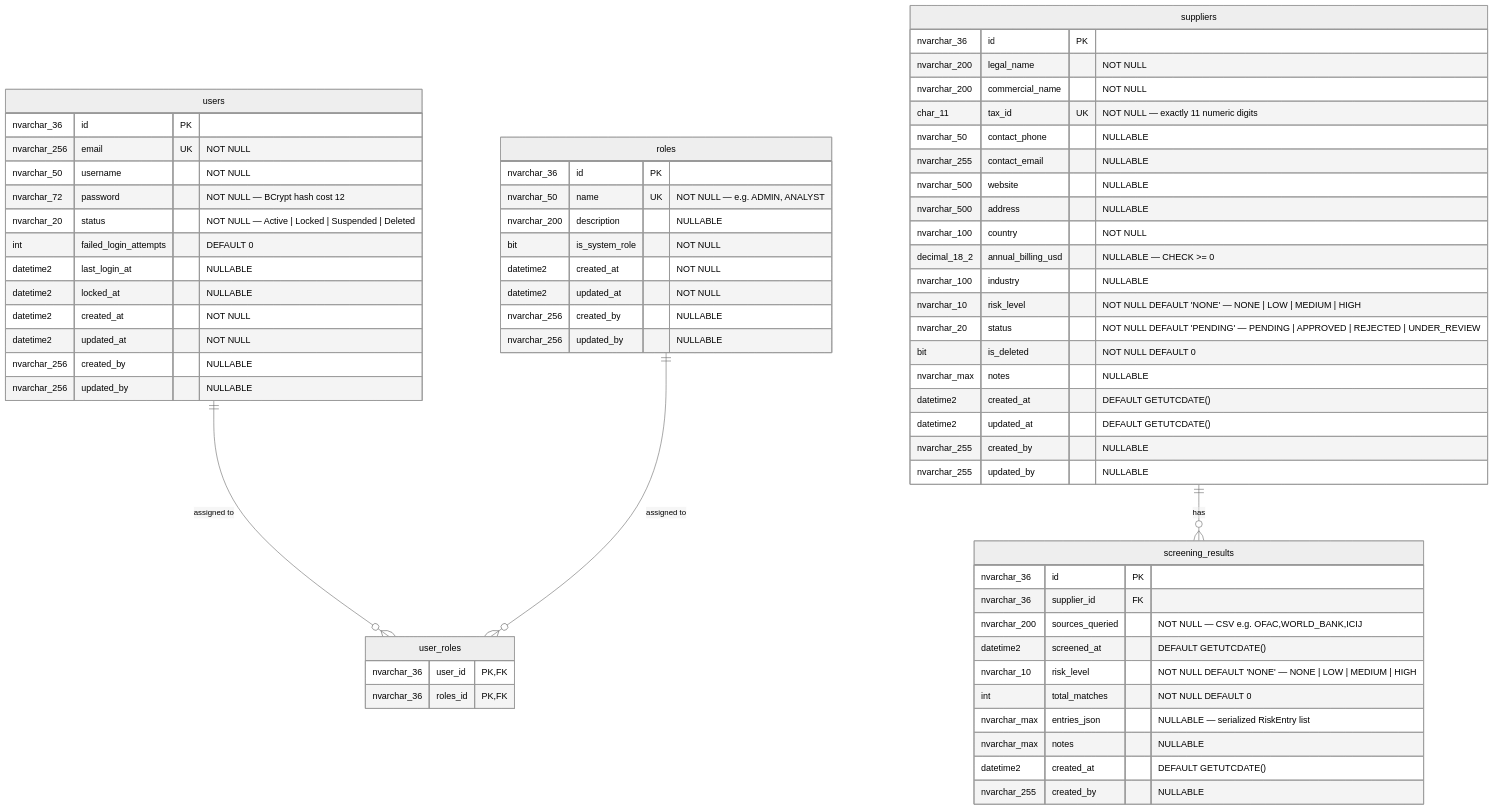
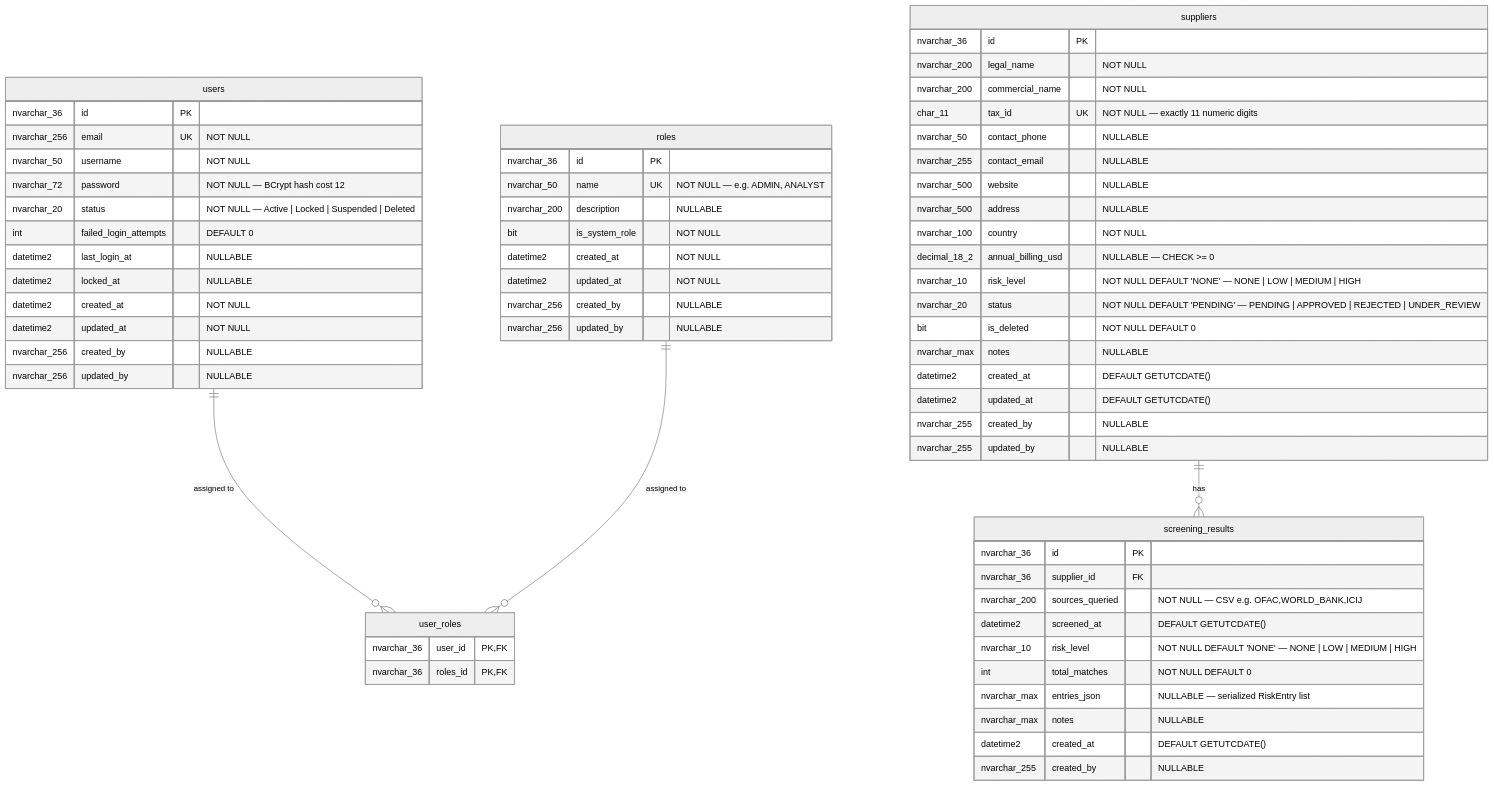
Before and after one commit to compliance-hub-jmyr/risk-screening-api: the diagram in docs/architecture/database-schema.md, drawn with Mermaid (neutral theme). The commit also changed other lines of this file and 5 other files, not shown here.

First line of the commit message:
refactor(Suppliers): remove `Industry` field from domain, schema, and documentation

````diff
--- a/docs/architecture/database-schema.md
+++ b/docs/architecture/database-schema.md
@@ -12,72 +12,71 @@
 ```mermaid
 erDiagram
     roles {
         nvarchar_36  id PK
         nvarchar_50  name UK "NOT NULL — e.g. ADMIN, ANALYST"
         nvarchar_200 description "NULLABLE"
         bit          is_system_role "NOT NULL"
         datetime2    created_at "NOT NULL"
         datetime2    updated_at "NOT NULL"
         nvarchar_256 created_by "NULLABLE"
         nvarchar_256 updated_by "NULLABLE"
     }
 
     users {
         nvarchar_36  id PK
         nvarchar_256 email UK "NOT NULL"
         nvarchar_50  username "NOT NULL"
         nvarchar_72  password "NOT NULL — BCrypt hash cost 12"
         nvarchar_20  status "NOT NULL — Active | Locked | Suspended | Deleted"
         int          failed_login_attempts "DEFAULT 0"
         datetime2    last_login_at "NULLABLE"
         datetime2    locked_at "NULLABLE"
         datetime2    created_at "NOT NULL"
         datetime2    updated_at "NOT NULL"
         nvarchar_256 created_by "NULLABLE"
         nvarchar_256 updated_by "NULLABLE"
     }
 
     user_roles {
         nvarchar_36 user_id PK,FK
         nvarchar_36 roles_id PK,FK
     }
 
     suppliers {
         nvarchar_36   id PK
         nvarchar_200  legal_name "NOT NULL"
         nvarchar_200  commercial_name "NOT NULL"
         char_11       tax_id UK "NOT NULL — exactly 11 numeric digits"
         nvarchar_50   contact_phone "NULLABLE"
         nvarchar_255  contact_email "NULLABLE"
         nvarchar_500  website "NULLABLE"
         nvarchar_500  address "NULLABLE"
         nvarchar_100  country "NOT NULL"
         decimal_18_2  annual_billing_usd "NULLABLE — CHECK >= 0"
-        nvarchar_100  industry "NULLABLE"
         nvarchar_10   risk_level "NOT NULL DEFAULT 'NONE' — NONE | LOW | MEDIUM | HIGH"
         nvarchar_20   status "NOT NULL DEFAULT 'PENDING' — PENDING | APPROVED | REJECTED | UNDER_REVIEW"
         bit           is_deleted "NOT NULL DEFAULT 0"
         nvarchar_max  notes "NULLABLE"
         datetime2     created_at "DEFAULT GETUTCDATE()"
         datetime2     updated_at "DEFAULT GETUTCDATE()"
         nvarchar_255  created_by "NULLABLE"
         nvarchar_255  updated_by "NULLABLE"
     }
 
     screening_results {
         nvarchar_36  id PK
         nvarchar_36  supplier_id FK
         nvarchar_200 sources_queried "NOT NULL — CSV e.g. OFAC,WORLD_BANK,ICIJ"
         datetime2    screened_at "DEFAULT GETUTCDATE()"
         nvarchar_10  risk_level "NOT NULL DEFAULT 'NONE' — NONE | LOW | MEDIUM | HIGH"
         int          total_matches "NOT NULL DEFAULT 0"
         nvarchar_max entries_json "NULLABLE — serialized RiskEntry list"
         nvarchar_max notes "NULLABLE"
         datetime2    created_at "DEFAULT GETUTCDATE()"
         nvarchar_255 created_by "NULLABLE"
     }
 
     users         ||--o{ user_roles        : "assigned to"
     roles         ||--o{ user_roles        : "assigned to"
     suppliers     ||--o{ screening_results : "has"
 ```
````
